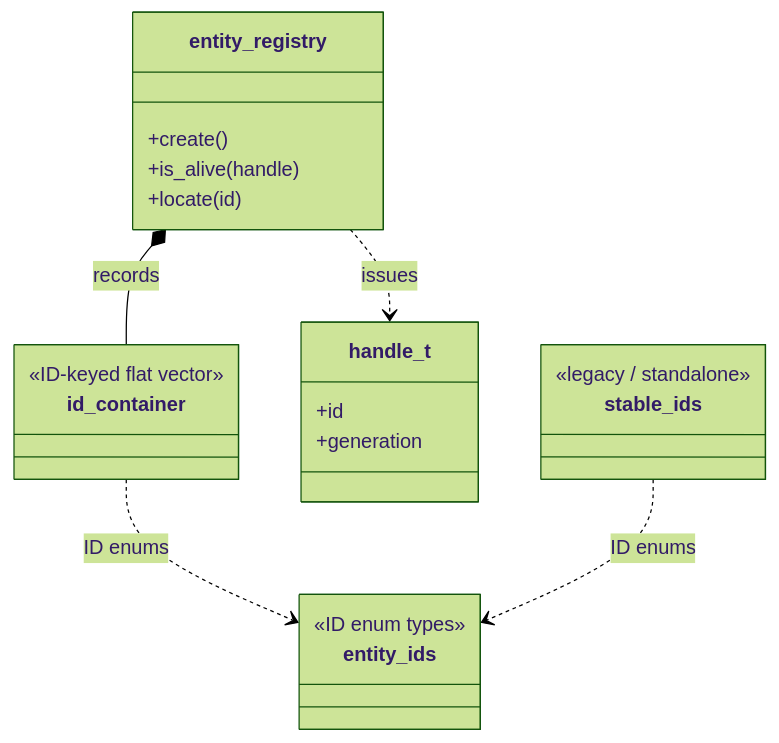
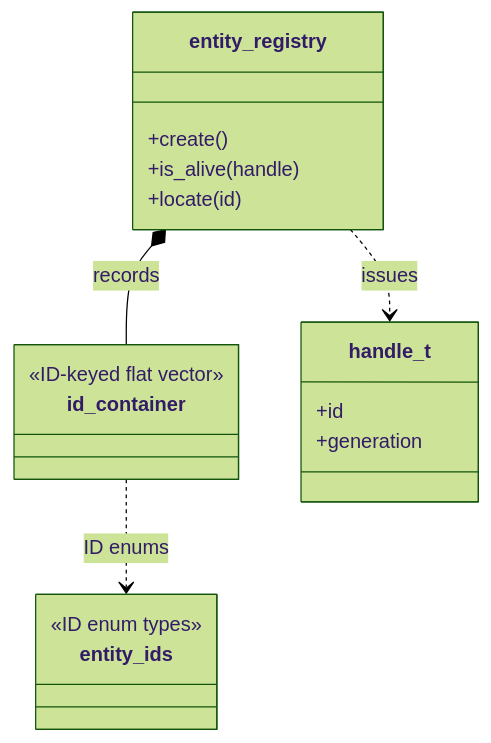
The second of 5 diagrams in corvid/ecs/classes.md (stevensudit/Corvid), drawn with Mermaid (forest theme) before and after one commit. The commit also changed other lines of this file and 27 other files, not shown here.

Commit message:
ECS review: shared storage iterator, swap-and-pop hoist, ID-limit hardening; remove legacy stable_ids (#96)

````diff
--- a/corvid/ecs/classes.md
+++ b/corvid/ecs/classes.md
@@ -56,28 +54,24 @@
 ```mermaid
 classDiagram
     direction TB
 
     class entity_ids {
         <<ID enum types>>
     }
     class id_container {
         <<ID-keyed flat vector>>
     }
     class entity_registry {
         +create()
         +is_alive(handle)
         +locate(id)
     }
     class handle_t {
         +id
         +generation
     }
-    class stable_ids {
-        <<legacy / standalone>>
-    }
 
     entity_registry *-- id_container : records
     id_container ..> entity_ids : ID enums
     entity_registry ..> handle_t : issues
-    stable_ids ..> entity_ids : ID enums
 ```
````
